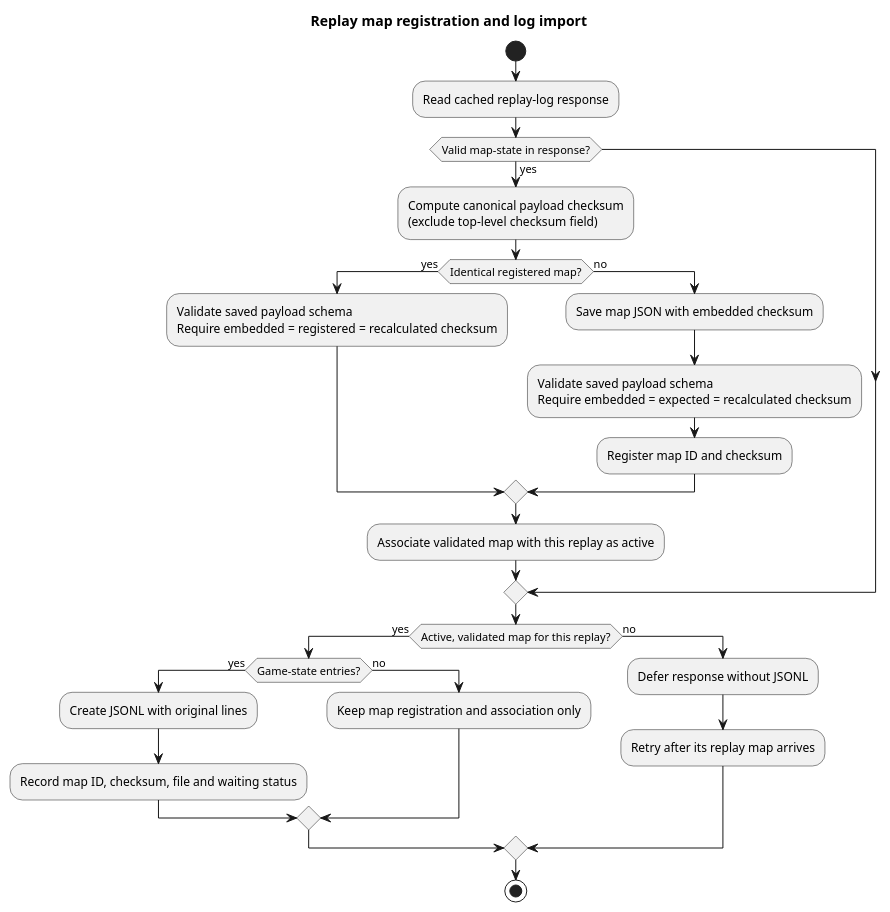
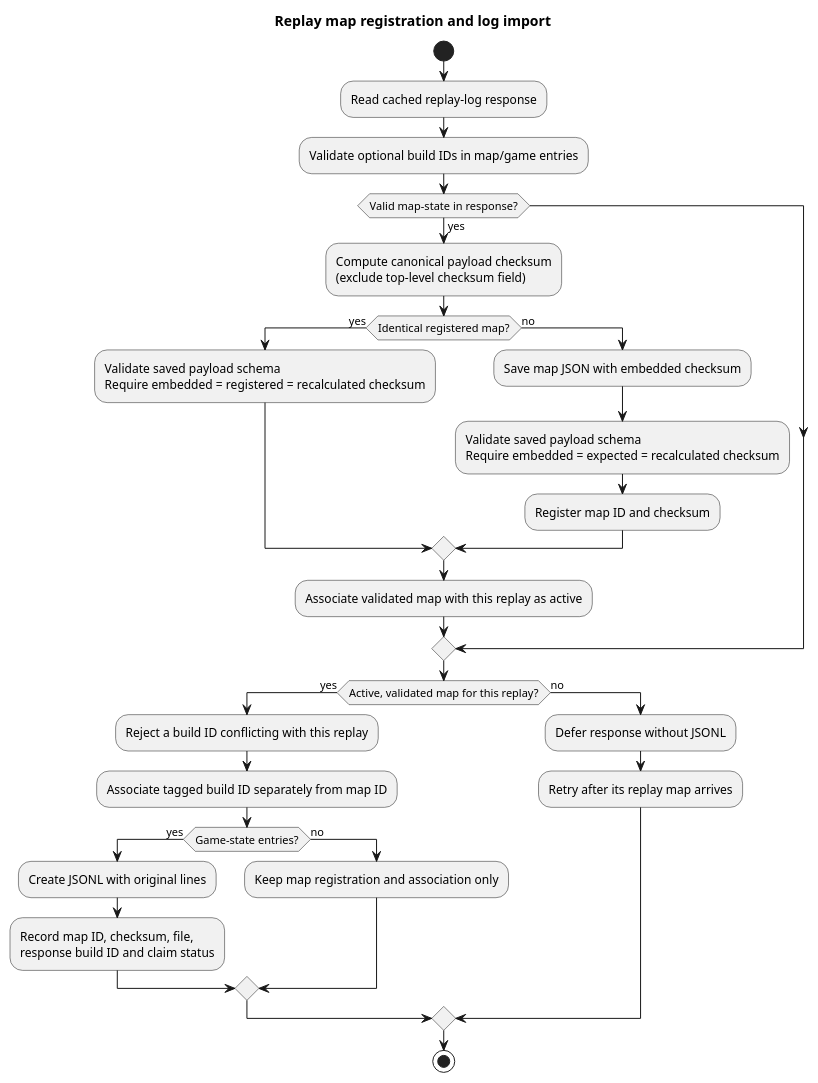
One commit to zolcsika71/pain_and_gain changed the diagram in docs/diagrams/replay-map-import.puml. Above: the diagram before and after it, drawn with PlantUML. The commit also changed 11 other files, not shown here.

Commit message:
Add runtime build ID to replay logs

```diff
--- a/docs/diagrams/replay-map-import.puml
+++ b/docs/diagrams/replay-map-import.puml
@@ -1,30 +1,33 @@
 @startuml
 title Replay map registration and log import
 
 start
 :Read cached replay-log response;
+:Validate optional build IDs in map/game entries;
 if (Valid map-state in response?) then (yes)
   :Compute canonical payload checksum\n(exclude top-level checksum field);
   if (Identical registered map?) then (yes)
     :Validate saved payload schema\nRequire embedded = registered = recalculated checksum;
   else (no)
     :Save map JSON with embedded checksum;
     :Validate saved payload schema\nRequire embedded = expected = recalculated checksum;
     :Register map ID and checksum;
   endif
   :Associate validated map with this replay as active;
 endif
 if (Active, validated map for this replay?) then (yes)
+  :Reject a build ID conflicting with this replay;
+  :Associate tagged build ID separately from map ID;
   if (Game-state entries?) then (yes)
     :Create JSONL with original lines;
-    :Record map ID, checksum, file and waiting status;
+    :Record map ID, checksum, file,\nresponse build ID and claim status;
   else (no)
     :Keep map registration and association only;
   endif
 else (no)
   :Defer response without JSONL;
   :Retry after its replay map arrives;
 endif
 stop
 
 @enduml
```
